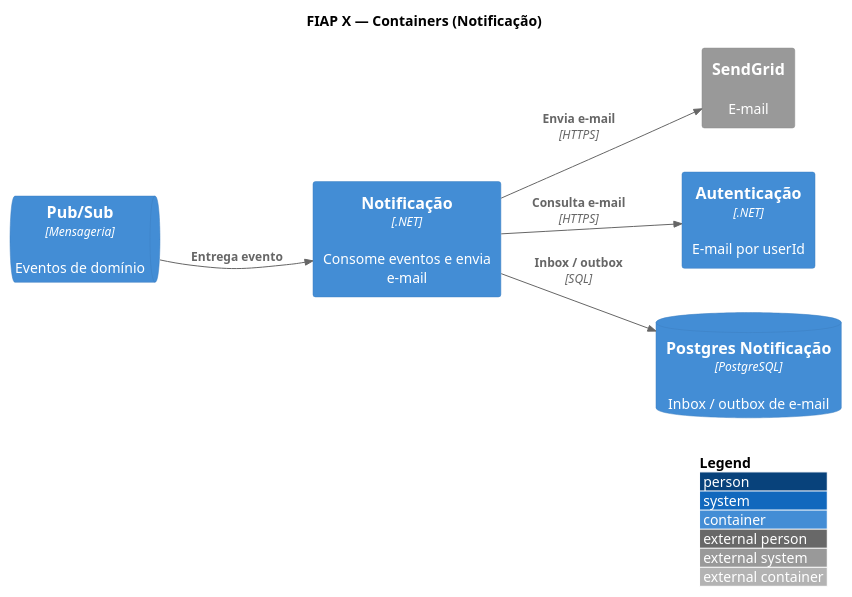
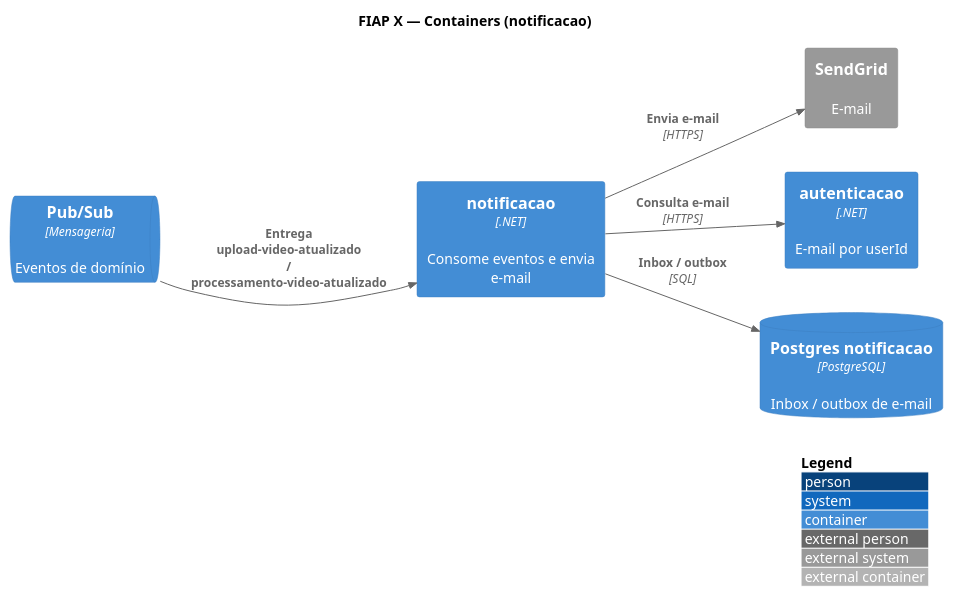
The diagram in arquitetura/05_containers-notificacao.puml (fiap-x-vcosta/docs), drawn with PlantUML before and after one commit. The commit also changed 41 other files, not shown here.

First line of the commit message:
docs: unificar tópicos upload/processamento e padronizar serviços

```diff
--- a/arquitetura/05_containers-notificacao.puml
+++ b/arquitetura/05_containers-notificacao.puml
@@ -1,25 +1,25 @@
 @startuml 05_containers-notificacao
 !include https://raw.githubusercontent.com/plantuml-stdlib/C4-PlantUML/master/C4_Container.puml
 
 LAYOUT_WITH_LEGEND()
 LAYOUT_LEFT_RIGHT()
 
-title FIAP X — Containers (Notificação)
+title FIAP X — Containers (notificacao)
 
 ContainerQueue(pubsub, "Pub/Sub", "Mensageria", "Eventos de domínio")
-Container(notif, "Notificação", ".NET", "Consome eventos e envia e-mail")
-Container(auth, "Autenticação", ".NET", "E-mail por userId")
-ContainerDb(pgNotif, "Postgres Notificação", "PostgreSQL", "Inbox / outbox de e-mail")
+Container(notif, "notificacao", ".NET", "Consome eventos e envia e-mail")
+Container(auth, "autenticacao", ".NET", "E-mail por userId")
+ContainerDb(pgNotif, "Postgres notificacao", "PostgreSQL", "Inbox / outbox de e-mail")
 System_Ext(sendgrid, "SendGrid", "E-mail")
 
-Rel(pubsub, notif, "Entrega evento")
+Rel(pubsub, notif, "Entrega upload-video-atualizado / processamento-video-atualizado")
 Rel(notif, auth, "Consulta e-mail", "HTTPS")
 Rel(notif, pgNotif, "Inbox / outbox", "SQL")
 Rel(notif, sendgrid, "Envia e-mail", "HTTPS")
 
 Lay_R(pubsub, notif)
 Lay_R(notif, sendgrid)
 Lay_D(notif, pgNotif)
 Lay_D(notif, auth)
 
 @enduml
```
